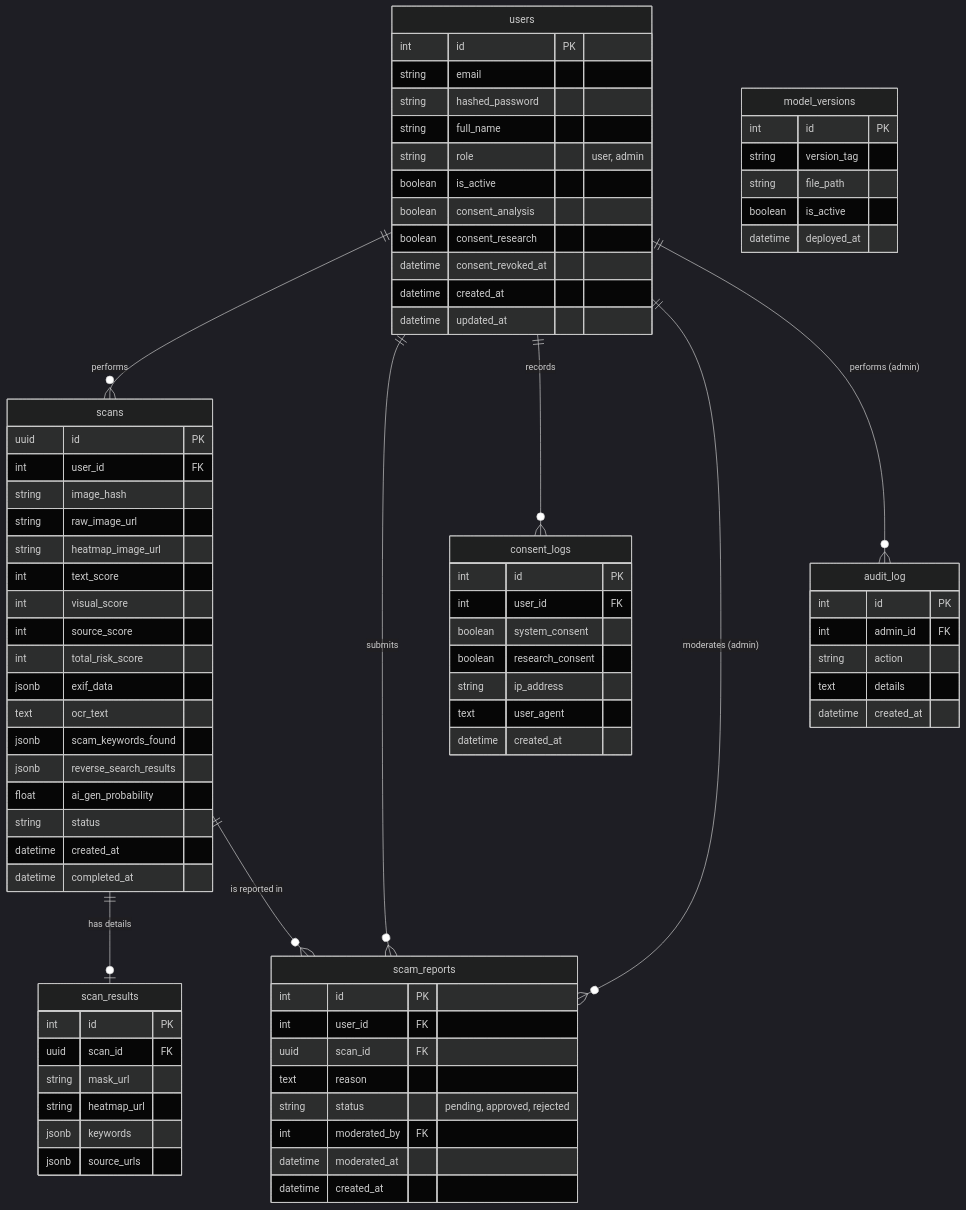
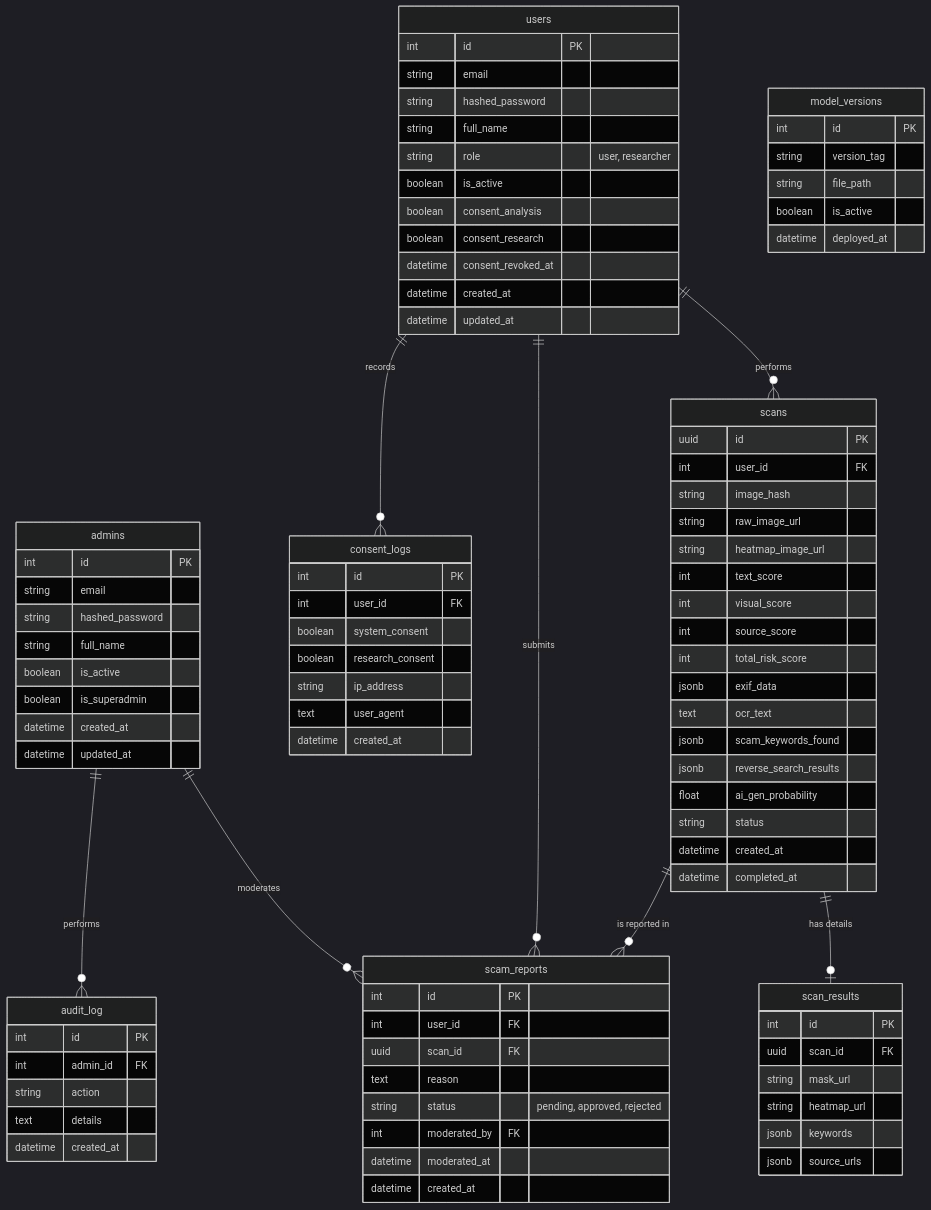
Before and after one commit to Panuwat-ta/project: the diagram in database/ER_Diagram.md, drawn with Mermaid (dark theme). The commit also changed 35 other files, not shown here.

Commit message:
feat: implement administrative dashboard with user, report, and audit log management systems

```diff
--- a/database/ER_Diagram.md
+++ b/database/ER_Diagram.md
@@ -9,11 +9,22 @@
         string email
         string hashed_password
         string full_name
-        string role "user, admin"
+        string role "user, researcher"
         boolean is_active
         boolean consent_analysis
         boolean consent_research
         datetime consent_revoked_at
+        datetime created_at
+        datetime updated_at
+    }
+
+    admins {
+        int id PK
+        string email
+        string hashed_password
+        string full_name
+        boolean is_active
+        boolean is_superadmin
         datetime created_at
         datetime updated_at
     }
@@ -88,8 +99,8 @@
     users ||--o{ scans : "performs"
     users ||--o{ scam_reports : "submits"
     users ||--o{ consent_logs : "records"
-    users ||--o{ scam_reports : "moderates (admin)"
-    users ||--o{ audit_log : "performs (admin)"
+    admins ||--o{ scam_reports : "moderates"
+    admins ||--o{ audit_log : "performs"
     
     scans ||--o| scan_results : "has details"
     scans ||--o{ scam_reports : "is reported in"
```
